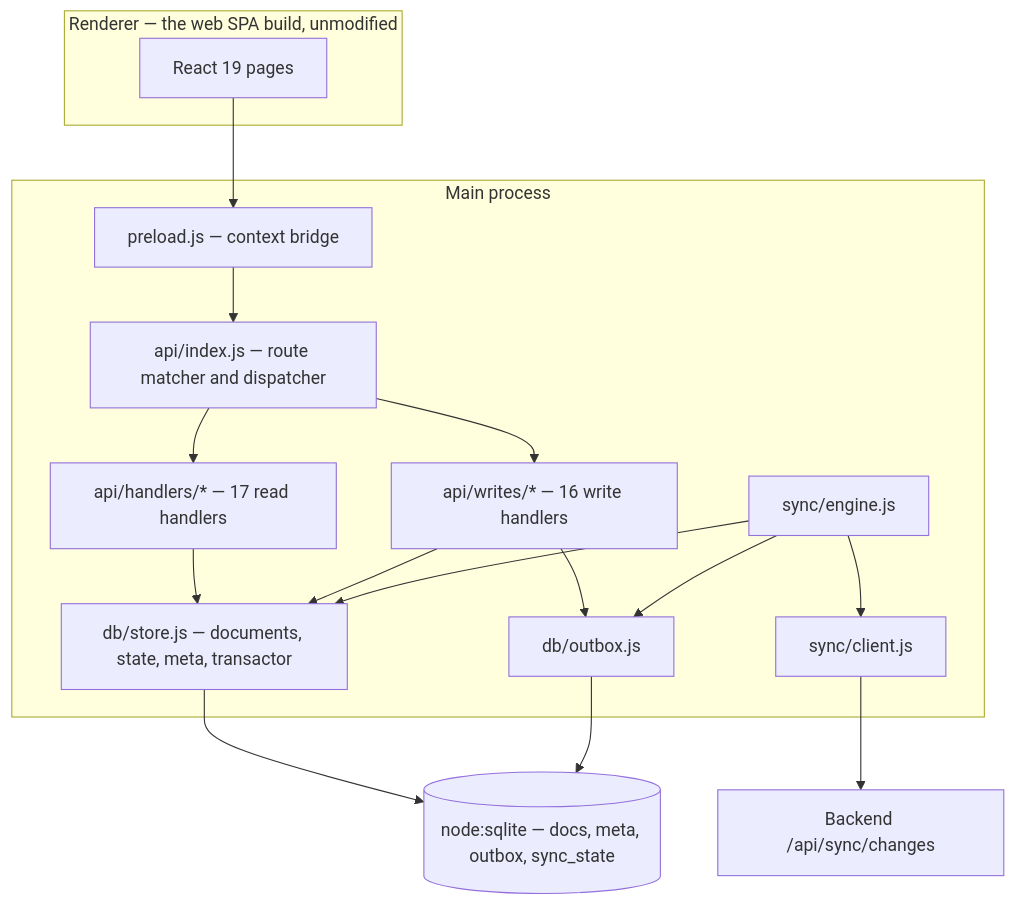
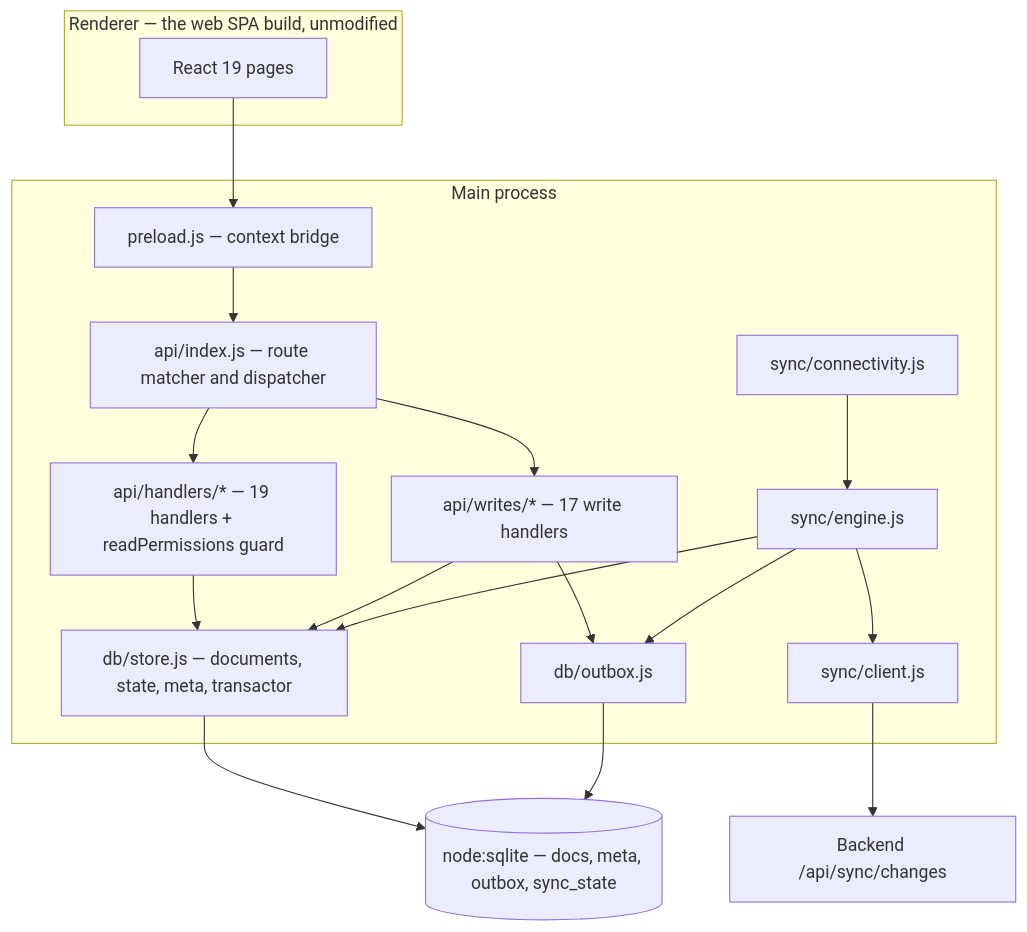
The diagram in OfflineSchoolApp/docs/08-desktop.md (Kuumernest/OfflineSchoolApp), drawn with Mermaid before and after one commit. The commit also changed other lines of this file and 1 other file, not shown here.

````diff
--- a/OfflineSchoolApp/docs/08-desktop.md
+++ b/OfflineSchoolApp/docs/08-desktop.md
@@ -14,28 +14,30 @@
 ```mermaid
 graph TB
     subgraph rend["Renderer — the web SPA build, unmodified"]
         UI["React 19 pages"]
     end
     subgraph main["Main process"]
         PRE["preload.js — context bridge"]
         DISP["api/index.js — route matcher and dispatcher"]
-        H["api/handlers/* — 17 read handlers"]
-        W["api/writes/* — 16 write handlers"]
+        H["api/handlers/* — 19 handlers + readPermissions guard"]
+        W["api/writes/* — 17 write handlers"]
         ST["db/store.js — documents, state, meta, transactor"]
         OB["db/outbox.js"]
         EN["sync/engine.js"]
         CL["sync/client.js"]
+        CN["sync/connectivity.js"]
     end
     SQL[("node:sqlite — docs, meta, outbox, sync_state")]
     SRV["Backend /api/sync/changes"]
 
     UI --> PRE --> DISP
     DISP --> H --> ST
     DISP --> W --> ST
     W --> OB
     ST --> SQL
     OB --> SQL
     EN --> OB
     EN --> CL --> SRV
     EN --> ST
+    CN --> EN
 ```
````
